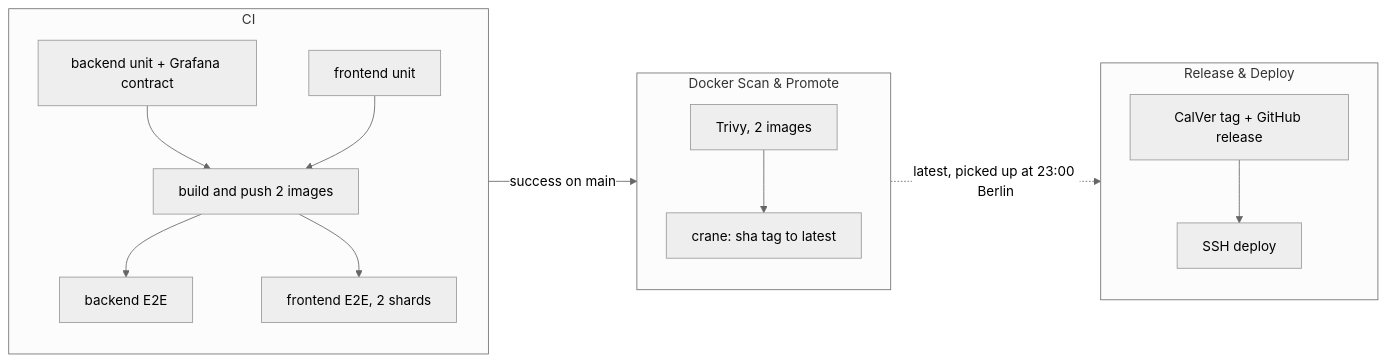
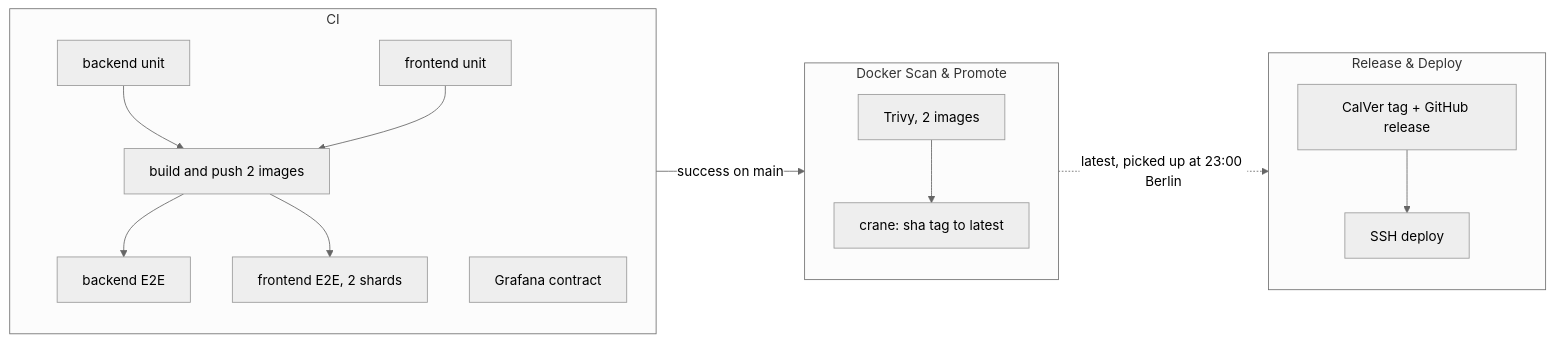
One commit to HardMax71/Integr8sCode changed the diagram in docs/operations/cicd.md. Above: the diagram before and after it, drawn with Mermaid (neutral theme). The commit also changed other lines of this file and 40 other files, not shown here.

````diff
--- a/docs/operations/cicd.md
+++ b/docs/operations/cicd.md
@@ -5,17 +5,18 @@
 ```mermaid
 graph LR
     subgraph ST["CI"]
-        UB["backend unit + Grafana contract"] --> Build["build and push 2 images"]
+        UB["backend unit"] --> Build["build and push 2 images"]
         UF["frontend unit"] --> Build
         Build --> EB["backend E2E"]
         Build --> EF["frontend E2E, 2 shards"]
+        GC["Grafana contract"]
     end
     subgraph DSP["Docker Scan & Promote"]
         Scan["Trivy, 2 images"] --> Promote["crane: sha tag to latest"]
     end
     subgraph RD["Release & Deploy"]
         Release["CalVer tag + GitHub release"] --> Deploy["SSH deploy"]
     end
     ST -->|"success on main"| DSP
     DSP -.->|"latest, picked up at 23:00 Berlin"| RD
 ```
````
